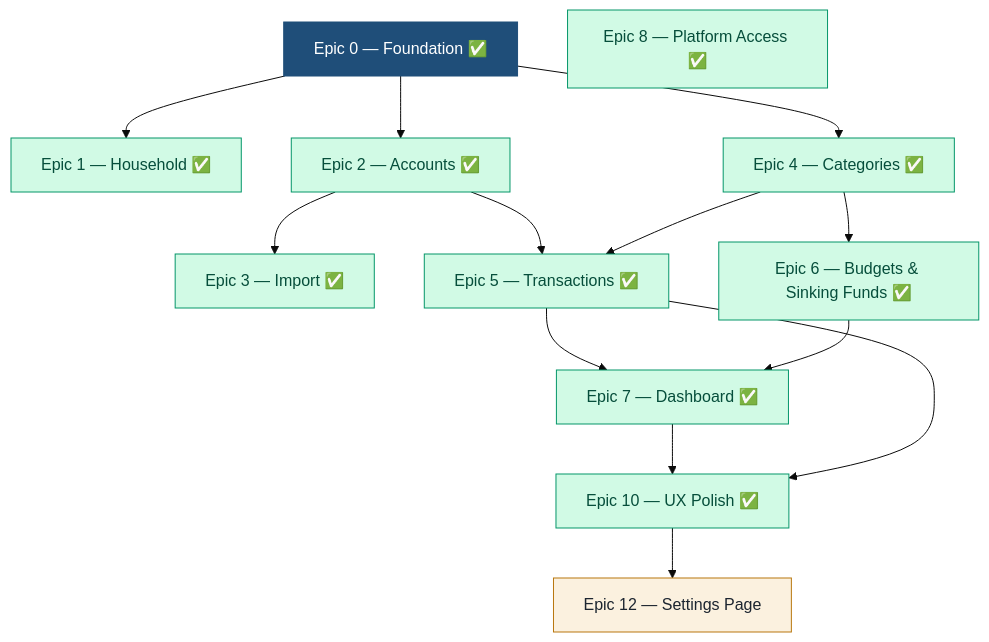
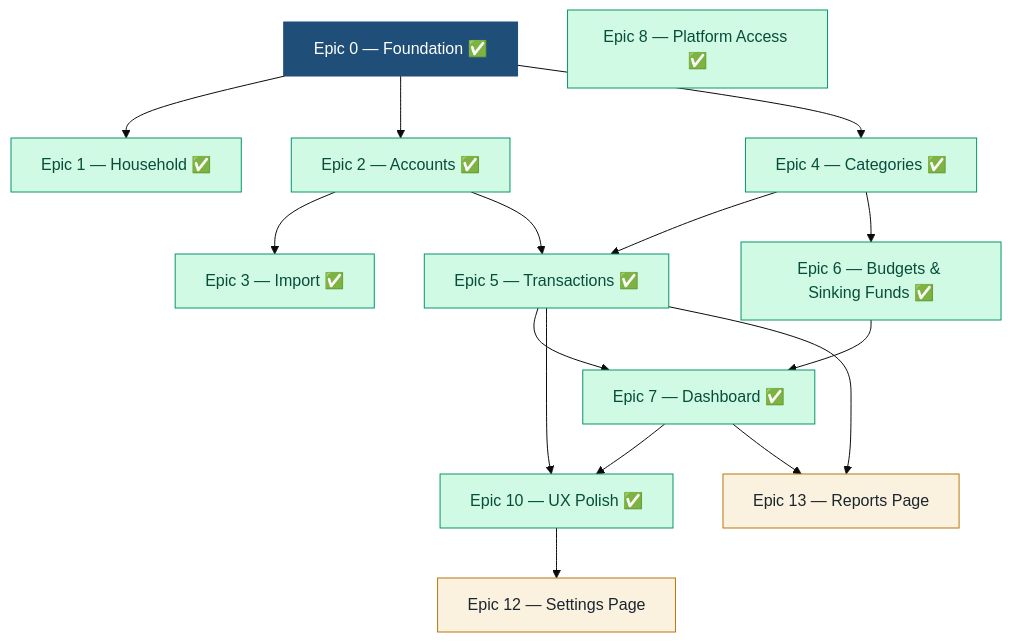
Before and after one commit to hkusingh/pfm: the diagram in docs/phase1-epics-and-stories.md, drawn with Mermaid (base theme). The commit also changed other lines of this file and 20 other files, not shown here.

````diff
--- a/docs/phase1-epics-and-stories.md
+++ b/docs/phase1-epics-and-stories.md
@@ -18,31 +18,34 @@
 ```mermaid
 flowchart TD
   E0[Epic 0 — Foundation ✅]:::k
   E1[Epic 1 — Household ✅]:::done
   E2[Epic 2 — Accounts ✅]:::done
   E4[Epic 4 — Categories ✅]:::done
   E3[Epic 3 — Import ✅]:::done
   E5[Epic 5 — Transactions ✅]:::done
   E6[Epic 6 — Budgets & Sinking Funds ✅]:::done
   E7[Epic 7 — Dashboard ✅]:::done
   E8[Epic 8 — Platform Access ✅]:::done
   E10[Epic 10 — UX Polish ✅]:::done
   E12[Epic 12 — Settings Page]:::b
+  E13[Epic 13 — Reports Page]:::b
 
   E0 --> E1
   E0 --> E2
   E0 --> E4
   E2 --> E3
   E2 --> E5
   E4 --> E5
   E4 --> E6
   E5 --> E7
   E6 --> E7
   E7 --> E10
   E5 --> E10
   E10 --> E12
+  E7 --> E13
+  E5 --> E13
   classDef k fill:#1F4E79,color:#fff,stroke:#1F4E79;
   classDef done fill:#d1fae5,stroke:#059669,color:#064e3b;
   classDef b fill:#fbf1df,stroke:#B9770E,color:#1c2530;
   classDef c fill:#e6f5ec,stroke:#1F8A4C,color:#14532d;
 ```
````
